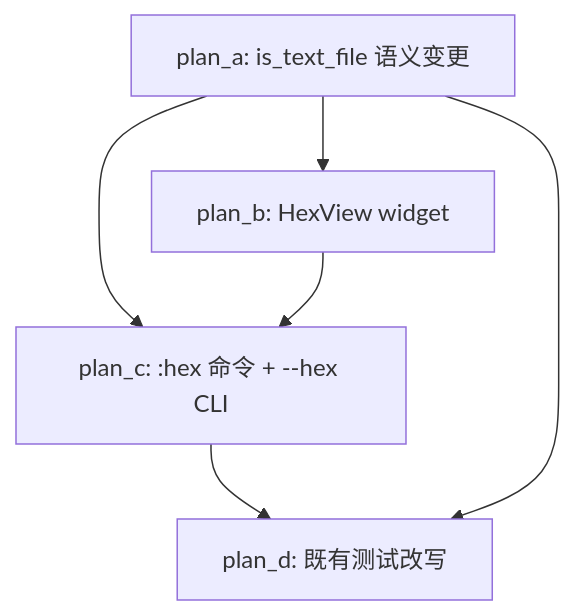
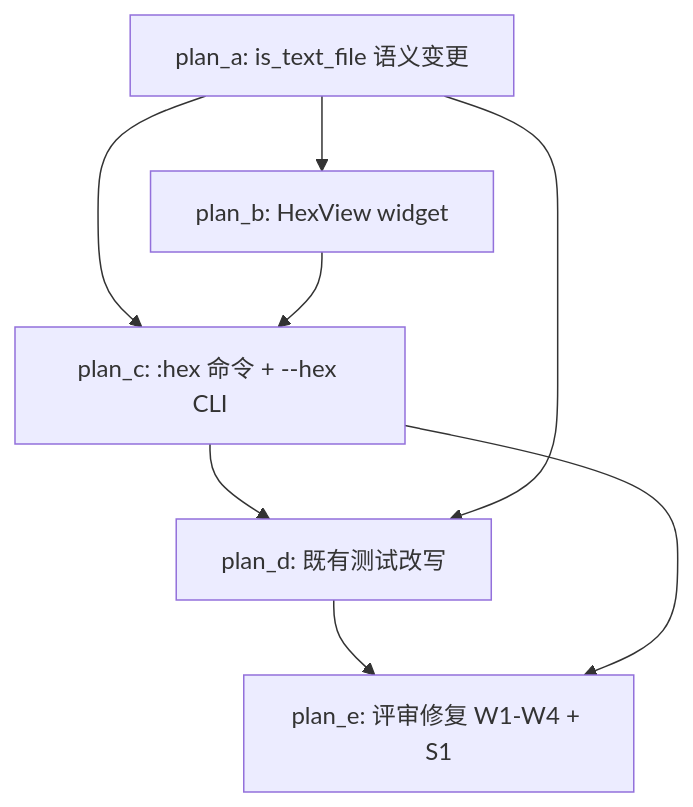
The diagram in .trae/documents/hex-view-plans/overview.md (BigThxBrigde/yate), drawn with Mermaid before and after one commit. The commit also changed other lines of this file and 2 other files, not shown here.

First line of the commit message:
docs(hex-view): backfill plan-e review records and R11 registration note

````diff
--- a/.trae/documents/hex-view-plans/overview.md
+++ b/.trae/documents/hex-view-plans/overview.md
@@ -46,8 +50,10 @@
 ```mermaid
 flowchart TD
     A[plan_a: is_text_file 语义变更] --> B[plan_b: HexView widget]
     A --> C[plan_c: :hex 命令 + --hex CLI]
     B --> C
     C --> D[plan_d: 既有测试改写]
     A --> D
+    D --> E[plan_e: 评审修复 W1-W4 + S1]
+    C --> E
 ```
````
